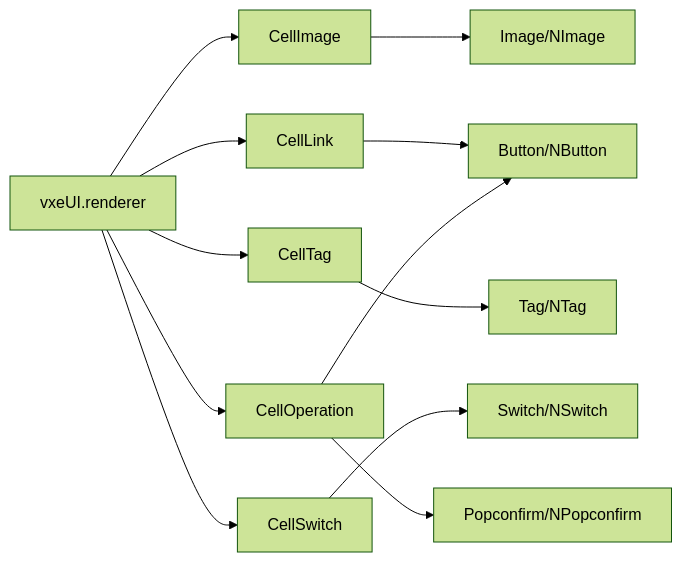
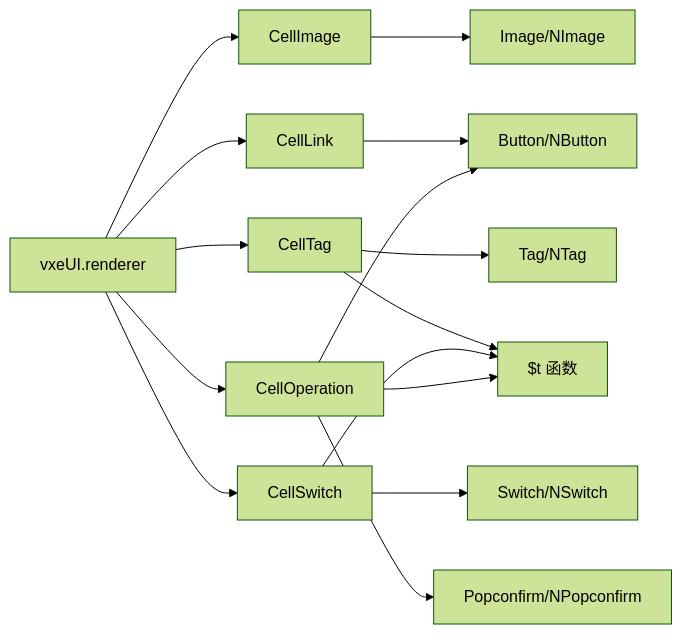
Before and after one commit to ShiRuYu/shiyu-ui: the eighth of 8 diagrams in .qoder/repowiki/zh/content/组件库/表格组件/单元格渲染器.md, drawn with Mermaid (forest theme). The commit also changed other lines of this file and 37 other files, not shown here.

````diff
--- a/.qoder/repowiki/zh/content/组件库/表格组件/单元格渲染器.md
+++ b/.qoder/repowiki/zh/content/组件库/表格组件/单元格渲染器.md
@@ -317,14 +390,17 @@
 ```mermaid
 graph LR
 VXE["vxeUI.renderer"] --> IMG["CellImage"]
 VXE --> LINK["CellLink"]
 VXE --> TAG["CellTag"]
 VXE --> SW["CellSwitch"]
 VXE --> OP["CellOperation"]
 IMG --> AD_IMG["Image/NImage"]
 LINK --> AD_BTN["Button/NButton"]
 TAG --> AD_TAG["Tag/NTag"]
 SW --> AD_SW["Switch/NSwitch"]
 OP --> AD_BTN
 OP --> AD_POP["Popconfirm/NPopconfirm"]
+TAG --> I18N["$t 函数"]
+SW --> I18N
+OP --> I18N
 ```
````
